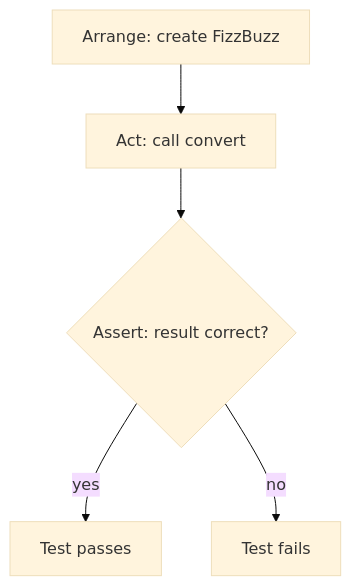
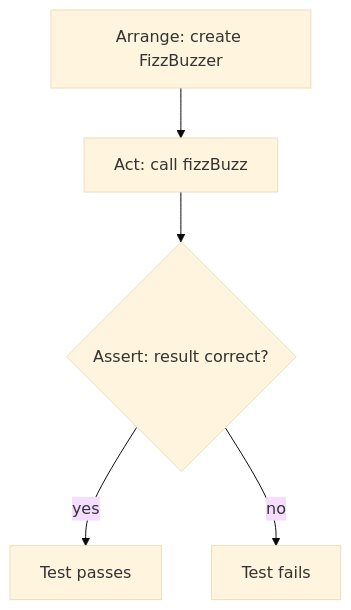
One commit to bartvanderwal/brightspacosaurus changed the first of 2 diagrams in examples/demo-course/readers/reader-testing-basics.md. Above: the diagram before and after it, drawn with Mermaid (base theme). The commit also changed other lines of this file and 19 other files, not shown here.

````diff
--- a/examples/demo-course/readers/reader-testing-basics.md
+++ b/examples/demo-course/readers/reader-testing-basics.md
@@ -17,7 +17,7 @@
 ```mermaid
 flowchart TD
-    A[Arrange: create FizzBuzz] --> B[Act: call convert]
+    A[Arrange: create FizzBuzzer] --> B[Act: call fizzBuzz]
     B --> C{Assert: result correct?}
     C -->|yes| D[Test passes]
     C -->|no| E[Test fails]
 ```
````
